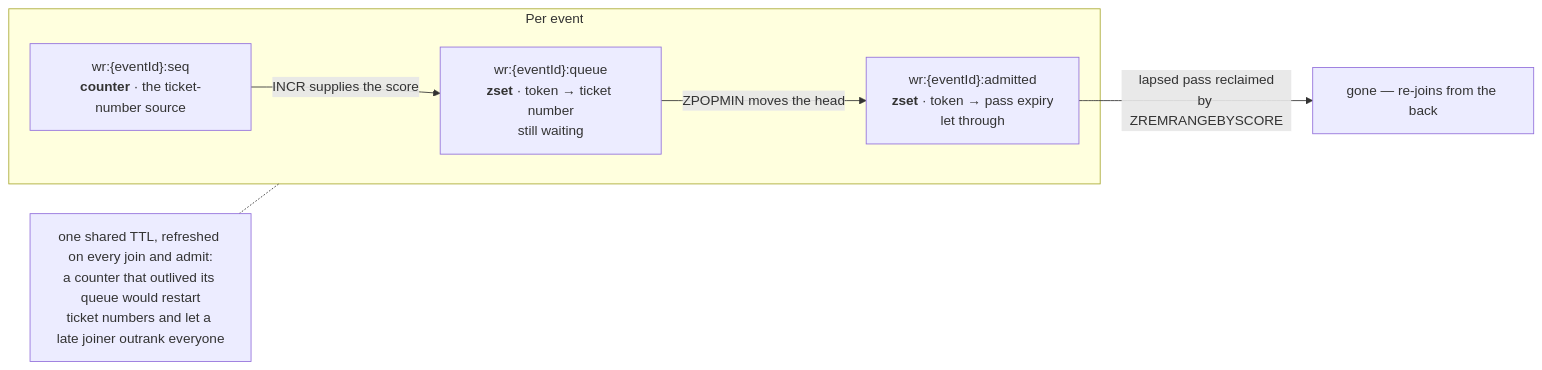
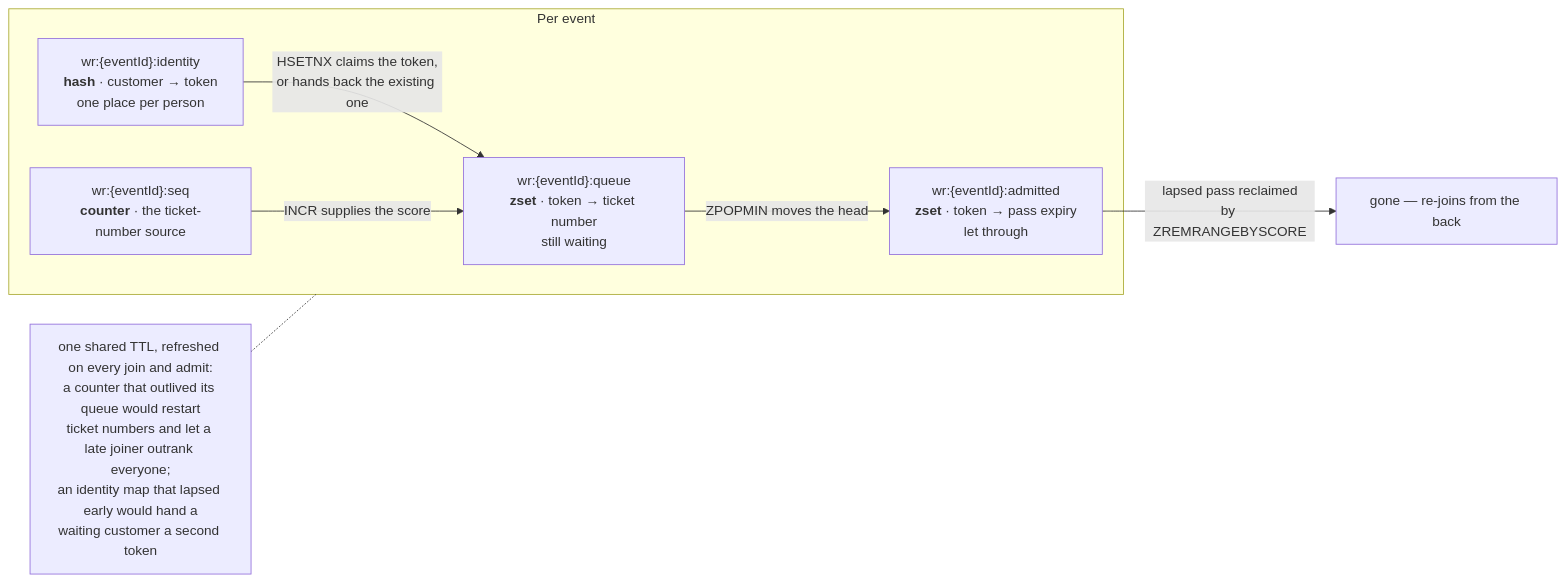
Before and after one commit to daliborjelicanin/ticket-waiting-room-aws: the second of 4 diagrams in waiting-room-service/ARCHITECTURE.md, drawn with Mermaid. The commit also changed other lines of this file and 65 other files, not shown here.

````diff
--- a/waiting-room-service/ARCHITECTURE.md
+++ b/waiting-room-service/ARCHITECTURE.md
@@ -58,14 +70,16 @@
 ```mermaid
 flowchart LR
     subgraph keys["Per event"]
         Q["wr:{eventId}:queue<br/><b>zset</b> · token → ticket number<br/>still waiting"]
         S["wr:{eventId}:seq<br/><b>counter</b> · the ticket-number source"]
         A["wr:{eventId}:admitted<br/><b>zset</b> · token → pass expiry<br/>let through"]
+        I["wr:{eventId}:identity<br/><b>hash</b> · customer → token<br/>one place per person"]
     end
 
+    I -->|"HSETNX claims the token,<br/>or hands back the existing one"| Q
     S -->|"INCR supplies the score"| Q
     Q -->|"ZPOPMIN moves the head"| A
     A -->|"lapsed pass reclaimed<br/>by ZREMRANGEBYSCORE"| X["gone — re-joins from the back"]
 
-    T["one shared TTL, refreshed on every join and admit:<br/>a counter that outlived its queue would restart<br/>ticket numbers and let a late joiner outrank everyone"] -.- keys
+    T["one shared TTL, refreshed on every join and admit:<br/>a counter that outlived its queue would restart<br/>ticket numbers and let a late joiner outrank everyone;<br/>an identity map that lapsed early would hand a<br/>waiting customer a second token"] -.- keys
 ```
````
